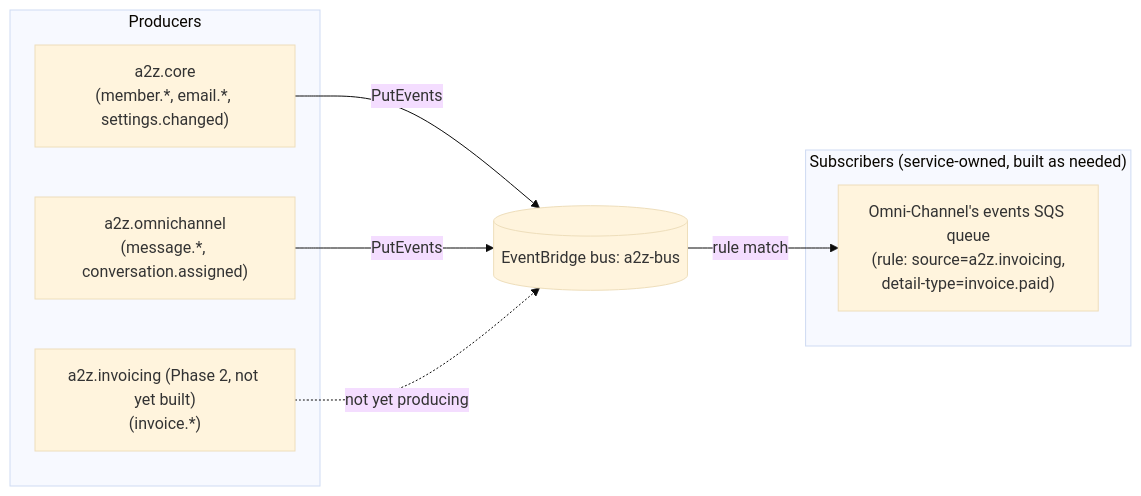
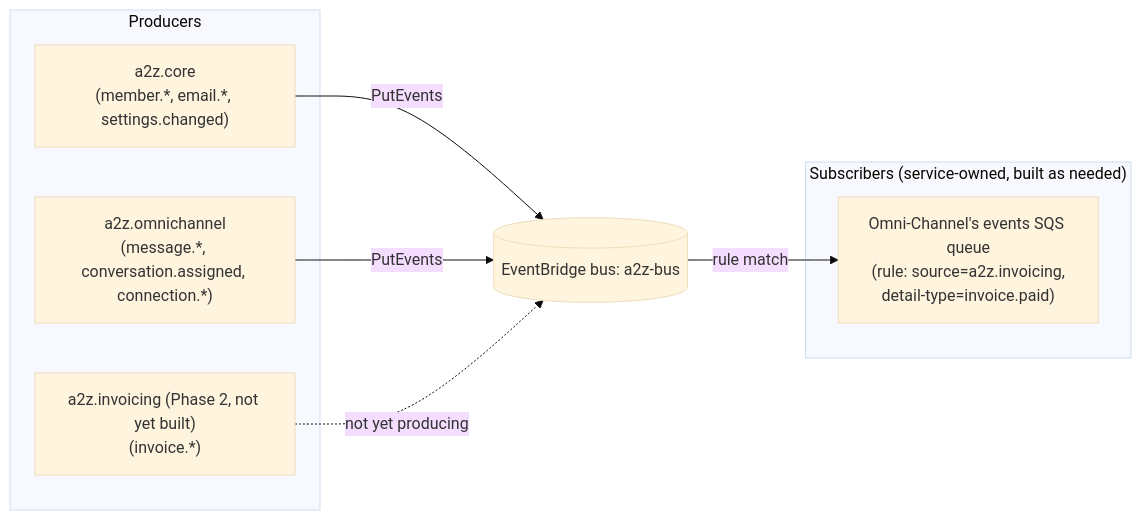
One commit to RafaelOjeda/A2Z-Core changed the first of 3 diagrams in docs/architecture/event-driven-architecture.md. Above: the diagram before and after it, drawn with Mermaid (base theme). The commit also changed 30 other files, not shown here.

````diff
--- a/docs/architecture/event-driven-architecture.md
+++ b/docs/architecture/event-driven-architecture.md
@@ -20,16 +20,16 @@
 ```mermaid
 flowchart LR
     subgraph Producers
         CoreP["a2z.core\n(member.*, email.*, settings.changed)"]
-        OmniP["a2z.omnichannel\n(message.*, conversation.assigned)"]
+        OmniP["a2z.omnichannel\n(message.*, conversation.assigned, connection.*)"]
         InvP["a2z.invoicing (Phase 2, not yet built)\n(invoice.*)"]
     end
     Bus[("EventBridge bus: a2z-bus")]
     subgraph Consumers["Subscribers (service-owned, built as needed)"]
         OmniSub["Omni-Channel's events SQS queue\n(rule: source=a2z.invoicing,\ndetail-type=invoice.paid)"]
     end
     CoreP -->|PutEvents| Bus
     OmniP -->|PutEvents| Bus
     InvP -.->|not yet producing| Bus
     Bus -->|rule match| OmniSub
 ```
````
